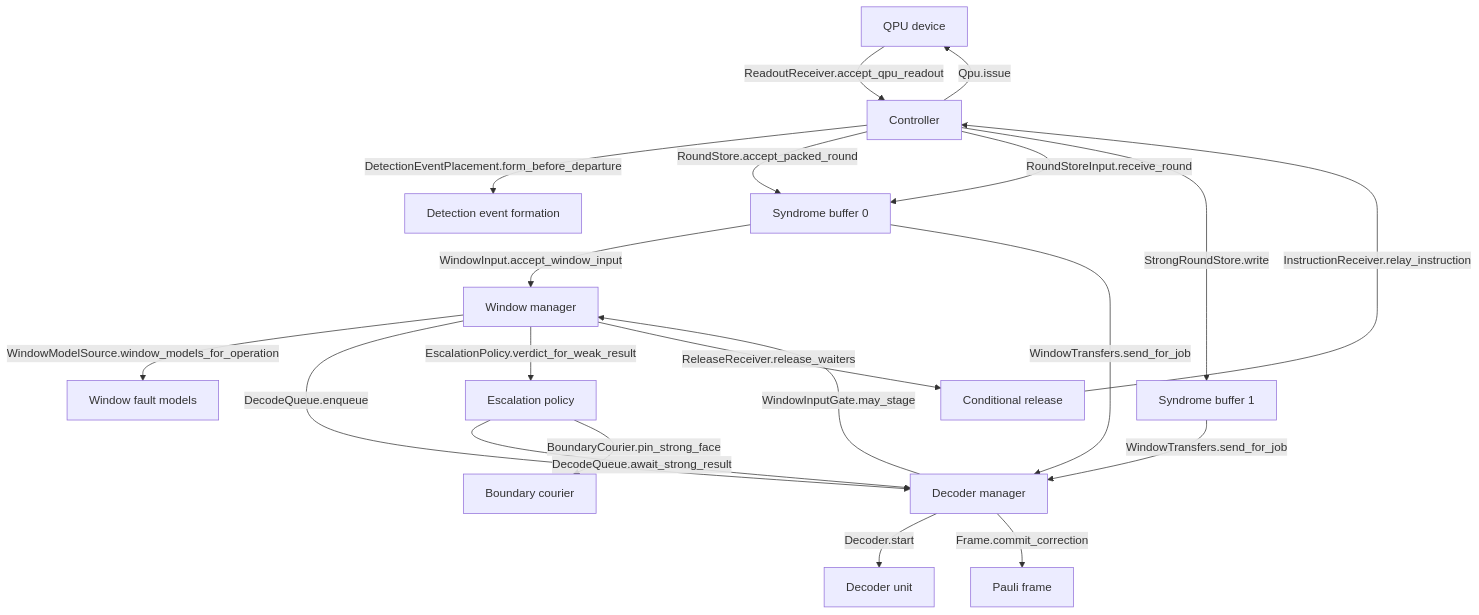
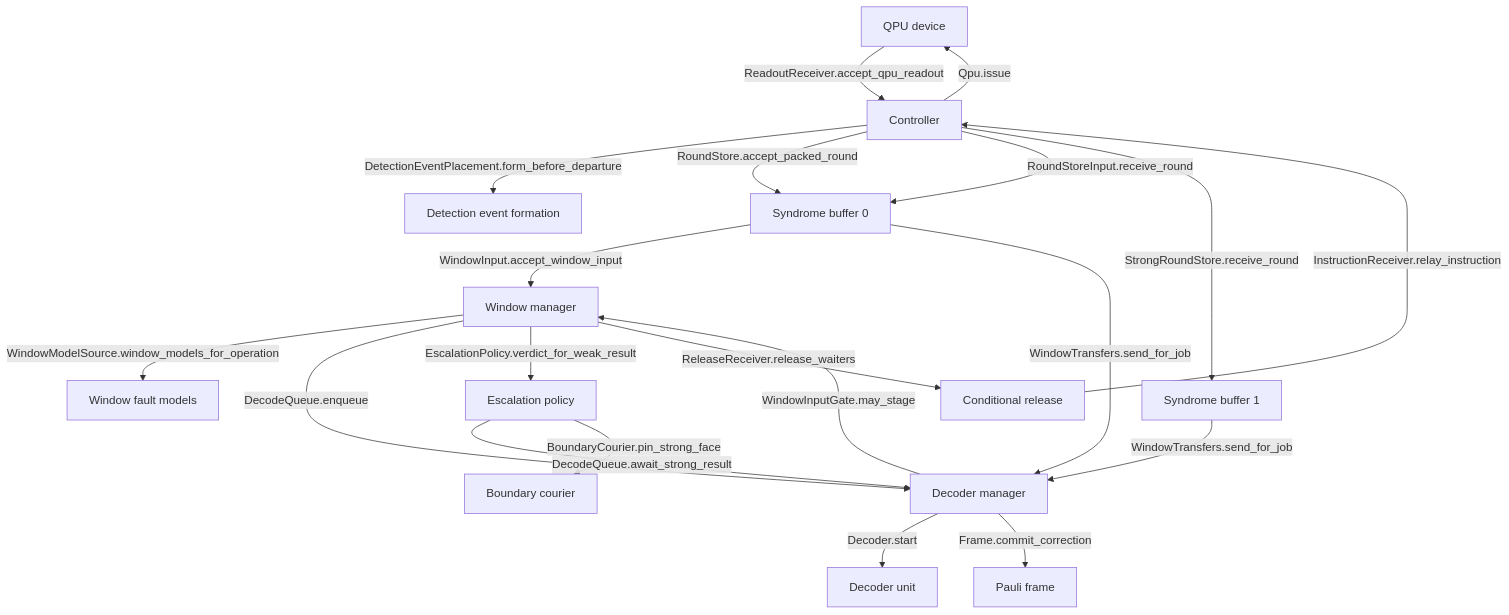
The diagram in docs/explanation/architecture.md (Subashkatel/decsim), drawn with Mermaid before and after one commit. The commit also changed 14 other files, not shown here.

````diff
--- a/docs/explanation/architecture.md
+++ b/docs/explanation/architecture.md
@@ -43,35 +43,35 @@
 ```mermaid
 graph TD
     %% Qpu = qpu
     %% Controller = controller
     %% Formation = detector_error_model
     %% Buffer0 = syndrome_buffer
     %% Buffer1 = syndrome_buffer
     %% Windows = windows
     %% Models = qpu
     %% Decoders = decoders
     %% Unit = decoders
     %% Escalation = escalation
     %% Courier = windows
     %% Frame = pauli_frame
     %% Release = controller
     Qpu["QPU device"] -->|"ReadoutReceiver.accept_qpu_readout"| Controller
     Controller -->|"DetectionEventPlacement.form_before_departure"| Formation["Detection event formation"]
     Controller -->|"RoundStore.accept_packed_round"| Buffer0["Syndrome buffer 0"]
     Controller -->|"RoundStoreInput.receive_round"| Buffer0
-    Controller -->|"StrongRoundStore.write"| Buffer1["Syndrome buffer 1"]
+    Controller -->|"StrongRoundStore.receive_round"| Buffer1["Syndrome buffer 1"]
     Buffer0 -->|"WindowInput.accept_window_input"| Windows["Window manager"]
     Windows -->|"WindowModelSource.window_models_for_operation"| Models["Window fault models"]
     Windows -->|"DecodeQueue.enqueue"| Decoders["Decoder manager"]
     Buffer0 -->|"WindowTransfers.send_for_job"| Decoders
     Decoders -->|"WindowInputGate.may_stage"| Windows
     Decoders -->|"Decoder.start"| Unit["Decoder unit"]
     Windows -->|"EscalationPolicy.verdict_for_weak_result"| Escalation["Escalation policy"]
     Escalation -->|"DecodeQueue.await_strong_result"| Decoders
     Escalation -->|"BoundaryCourier.pin_strong_face"| Courier["Boundary courier"]
     Buffer1 -->|"WindowTransfers.send_for_job"| Decoders
     Decoders -->|"Frame.commit_correction"| Frame["Pauli frame"]
     Windows -->|"ReleaseReceiver.release_waiters"| Release["Conditional release"]
     Release -->|"InstructionReceiver.relay_instruction"| Controller
     Controller -->|"Qpu.issue"| Qpu
 ```
````
